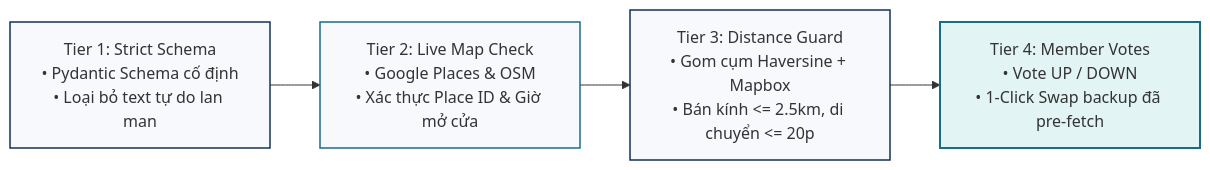
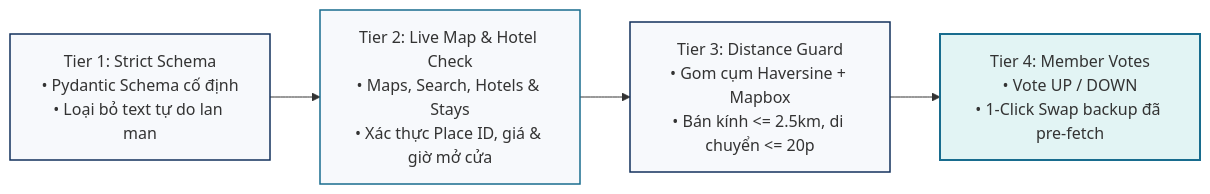
The second of 2 diagrams in docs/03-architecture/ai-agent-architecture.md (b4ck12/Group_Project), drawn with Mermaid before and after one commit. The commit also changed other lines of this file and 11 other files, not shown here.

````diff
--- a/docs/03-architecture/ai-agent-architecture.md
+++ b/docs/03-architecture/ai-agent-architecture.md
@@ -57,11 +57,11 @@
 ```mermaid
 flowchart LR
-    T1["Tier 1: Strict Schema<br/>• Pydantic Schema cố định<br/>• Loại bỏ text tự do lan man"] --> T2["Tier 2: Live Map Check<br/>• Google Places & OSM<br/>• Xác thực Place ID & Giờ mở cửa"]
+    T1["Tier 1: Strict Schema<br/>• Pydantic Schema cố định<br/>• Loại bỏ text tự do lan man"] --> T2["Tier 2: Live Map & Hotel Check<br/>• Maps, Search, Hotels & Stays<br/>• Xác thực Place ID, giá & giờ mở cửa"]
     T2 --> T3["Tier 3: Distance Guard<br/>• Gom cụm Haversine + Mapbox<br/>• Bán kính <= 2.5km, di chuyển <= 20p"]
     T3 --> T4["Tier 4: Member Votes<br/>• Vote UP / DOWN<br/>• 1-Click Swap backup đã pre-fetch"]
 
     style T1 fill:#f7f9fc,stroke:#12305c,stroke-width:1.5px;
     style T2 fill:#f7f9fc,stroke:#186c8e,stroke-width:1.5px;
     style T3 fill:#f7f9fc,stroke:#12305c,stroke-width:1.5px;
     style T4 fill:#e2f4f4,stroke:#186c8e,stroke-width:2px;
 ```
````
